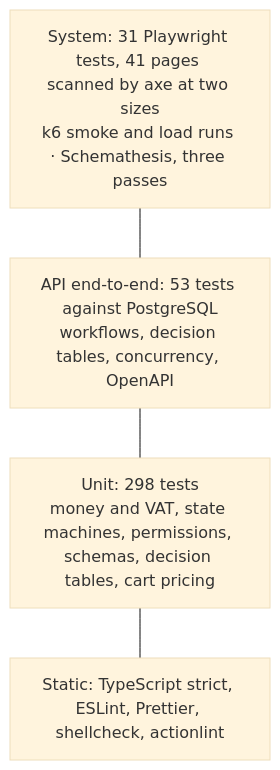
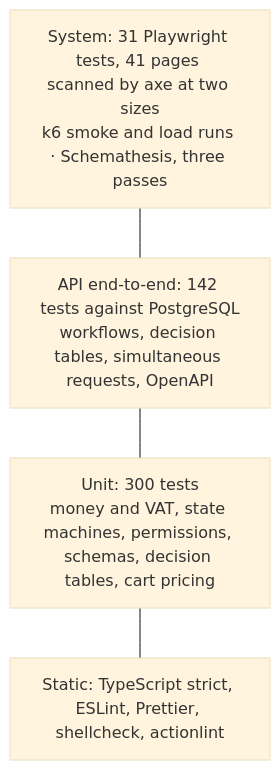
One commit to fasharif/topflow changed the diagram in docs/testing/TEST-PLAN.md. Above: the diagram before and after it, drawn with Mermaid (base theme). The commit also changed other lines of this file and 5 other files, not shown here.

````diff
--- a/docs/testing/TEST-PLAN.md
+++ b/docs/testing/TEST-PLAN.md
@@ -60,8 +61,8 @@
 ```mermaid
 flowchart TB
   SYS["System: 31 Playwright tests, 41 pages scanned by axe at two sizes<br/>k6 smoke and load runs · Schemathesis, three passes"]
-  E2E["API end-to-end: 53 tests against PostgreSQL<br/>workflows, decision tables, concurrency, OpenAPI"]
-  UNIT["Unit: 298 tests<br/>money and VAT, state machines, permissions, schemas, decision tables, cart pricing"]
+  E2E["API end-to-end: 142 tests against PostgreSQL<br/>workflows, decision tables, simultaneous requests, OpenAPI"]
+  UNIT["Unit: 300 tests<br/>money and VAT, state machines, permissions, schemas, decision tables, cart pricing"]
   STATIC["Static: TypeScript strict, ESLint, Prettier, shellcheck, actionlint"]
   SYS --- E2E --- UNIT --- STATIC
 ```
````
